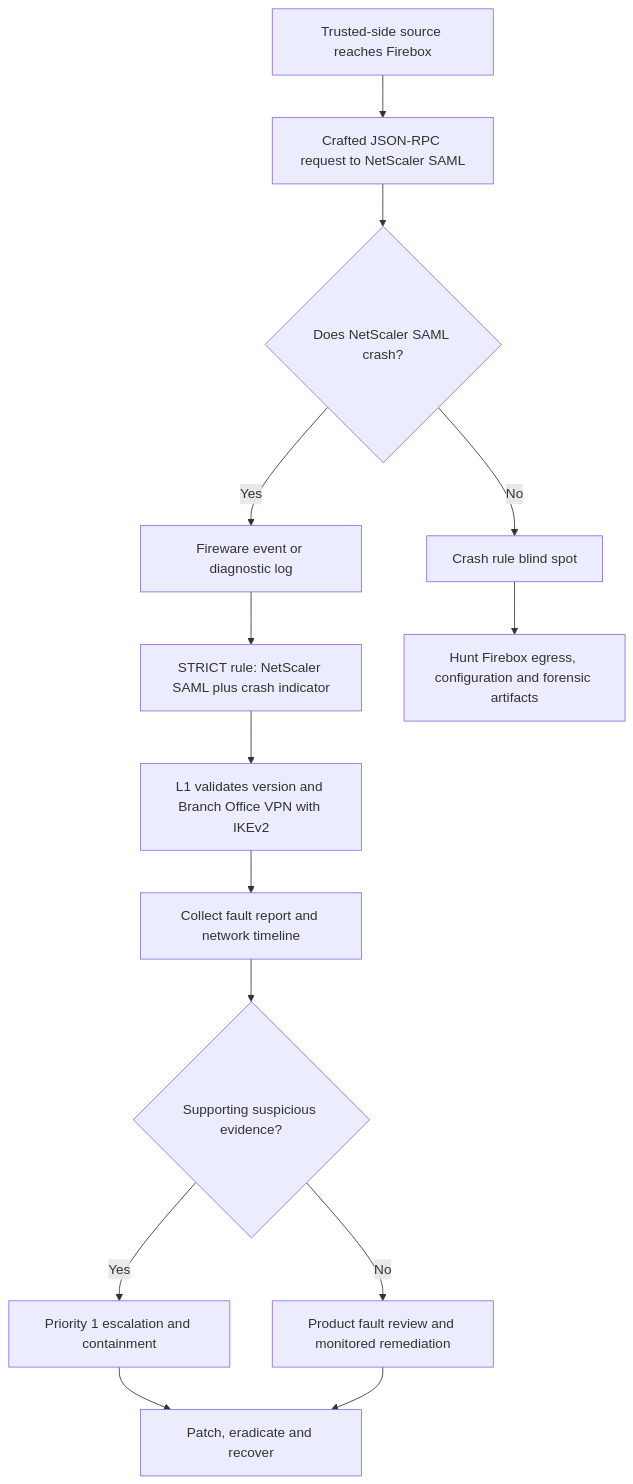
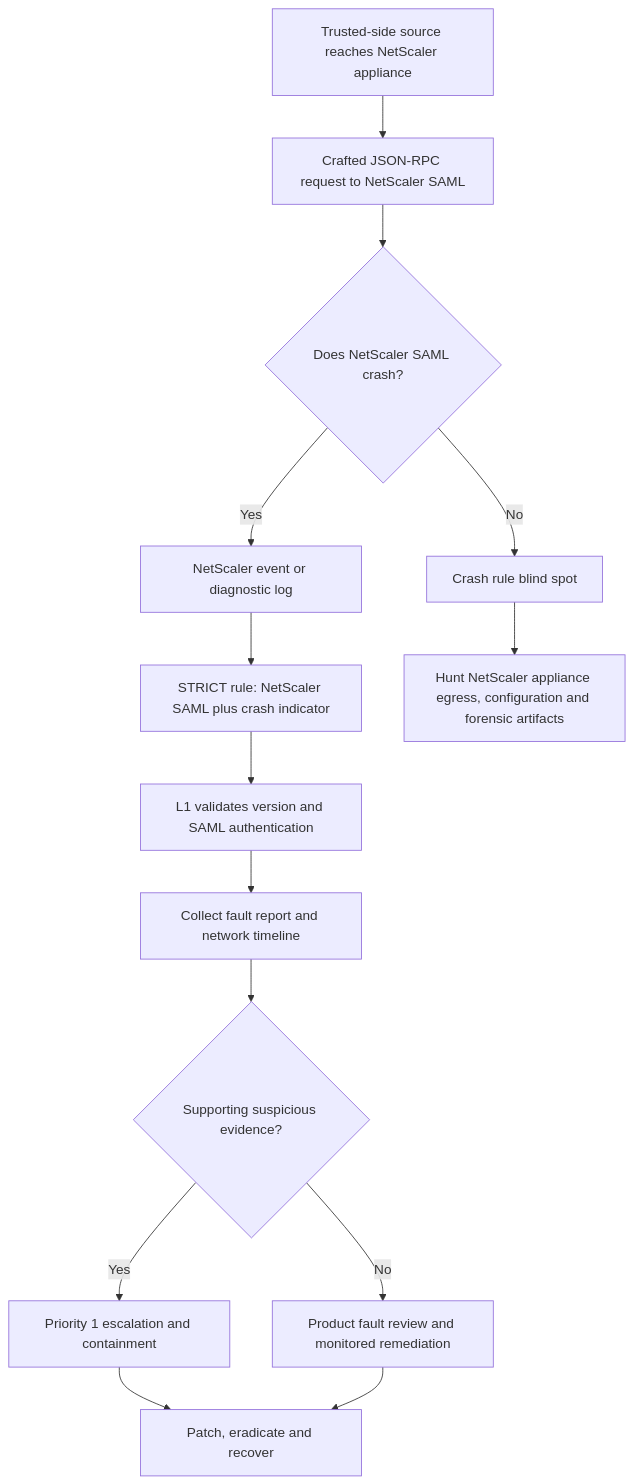
One commit to Hatchepsoute/sigma-rules changed the diagram in CVE-2026-8452_Citrix_NetScaler_SAML_Heap_Overflow/diagrams/DIAGRAM_CVE_2026_8452_EN.mmd. Above: the diagram before and after it, drawn with Mermaid. The commit also changed 5 other files, not shown here.

Commit message:
Align NetScaler playbook and diagrams after rule reduction

```diff
--- a/CVE-2026-8452_Citrix_NetScaler_SAML_Heap_Overflow/diagrams/DIAGRAM_CVE_2026_8452_EN.mmd
+++ b/CVE-2026-8452_Citrix_NetScaler_SAML_Heap_Overflow/diagrams/DIAGRAM_CVE_2026_8452_EN.mmd
@@ -1,14 +1,14 @@
 flowchart TD
-    A[Trusted-side source reaches Firebox] --> B[Crafted JSON-RPC request to NetScaler SAML]
+    A[Trusted-side source reaches NetScaler appliance] --> B[Crafted JSON-RPC request to NetScaler SAML]
     B --> C{Does NetScaler SAML crash?}
-    C -->|Yes| D[Fireware event or diagnostic log]
+    C -->|Yes| D[NetScaler event or diagnostic log]
     D --> E[STRICT rule: NetScaler SAML plus crash indicator]
-    E --> F[L1 validates version and Branch Office VPN with IKEv2]
+    E --> F[L1 validates version and SAML authentication]
     F --> G[Collect fault report and network timeline]
     G --> H{Supporting suspicious evidence?}
     H -->|Yes| I[Priority 1 escalation and containment]
     H -->|No| J[Product fault review and monitored remediation]
     C -->|No| K[Crash rule blind spot]
-    K --> L[Hunt Firebox egress, configuration and forensic artifacts]
+    K --> L[Hunt NetScaler appliance egress, configuration and forensic artifacts]
     I --> M[Patch, eradicate and recover]
     J --> M
```
